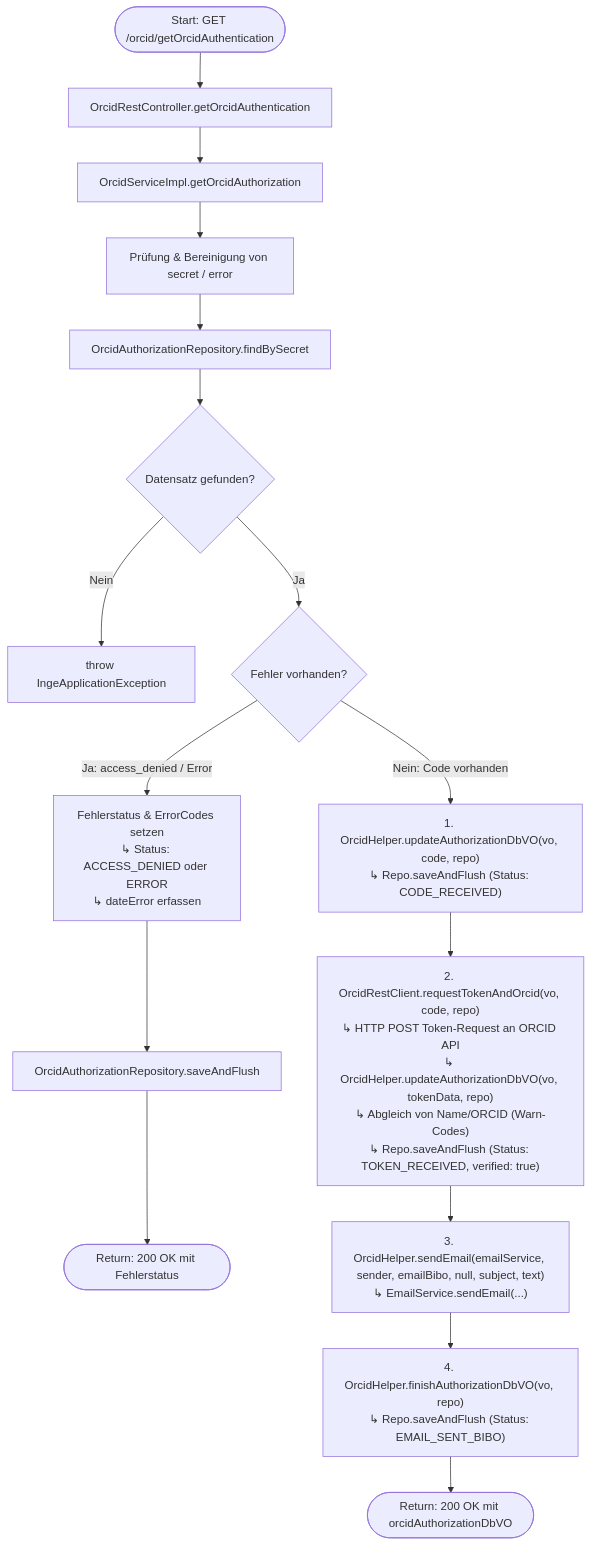
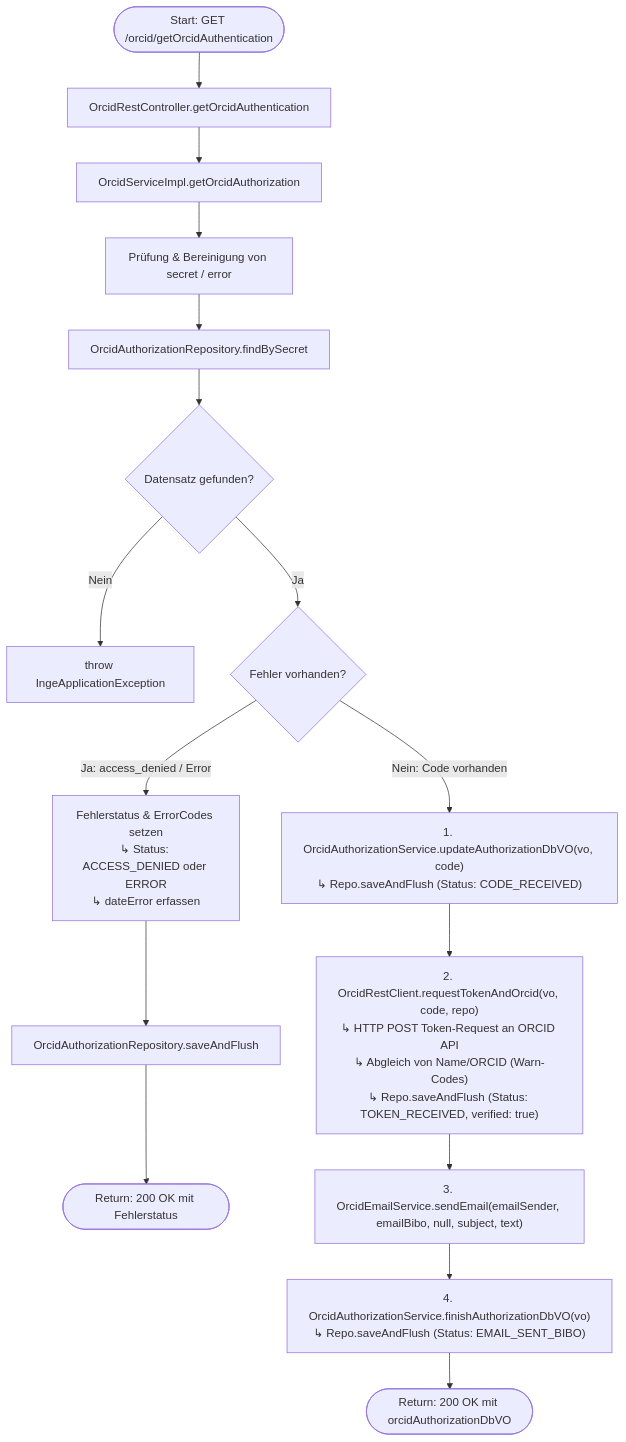
Before and after one commit to MPDL/INGe: the second of 2 diagrams in pubman_rest/src/main/resources/orcid_get_authentication.md, drawn with Mermaid. The commit also changed other lines of this file and 3 other files, not shown here.

````diff
--- a/pubman_rest/src/main/resources/orcid_get_authentication.md
+++ b/pubman_rest/src/main/resources/orcid_get_authentication.md
@@ -96,21 +94,21 @@
 ```mermaid
 flowchart TD
     A([Start: GET /orcid/getOrcidAuthentication]) --> B[OrcidRestController.getOrcidAuthentication]
     B --> C[OrcidServiceImpl.getOrcidAuthorization]
     C --> D[Prüfung & Bereinigung von secret / error]
     D --> E[OrcidAuthorizationRepository.findBySecret]
     
     E --> F{Datensatz gefunden?}
     F -- Nein --> G[throw IngeApplicationException]
     F -- Ja --> H{Fehler vorhanden?}
     
     H -- Ja: access_denied / Error --> I["Fehlerstatus & ErrorCodes setzen<br/>↳ Status: ACCESS_DENIED oder ERROR<br/>↳ dateError erfassen"]
     I --> J[OrcidAuthorizationRepository.saveAndFlush]
     J --> RetErr([Return: 200 OK mit Fehlerstatus])
     
-    H -- Nein: Code vorhanden --> K["1. OrcidHelper.updateAuthorizationDbVO(vo, code, repo)<br/>↳ Repo.saveAndFlush (Status: CODE_RECEIVED)"]
-    K --> L["2. OrcidRestClient.requestTokenAndOrcid(vo, code, repo)<br/>↳ HTTP POST Token-Request an ORCID API<br/>↳ OrcidHelper.updateAuthorizationDbVO(vo, tokenData, repo)<br/>↳ Abgleich von Name/ORCID (Warn-Codes)<br/>↳ Repo.saveAndFlush (Status: TOKEN_RECEIVED, verified: true)"]
-    L --> M["3. OrcidHelper.sendEmail(emailService, sender, emailBibo, null, subject, text)<br/>↳ EmailService.sendEmail(...)"]
-    M --> N["4. OrcidHelper.finishAuthorizationDbVO(vo, repo)<br/>↳ Repo.saveAndFlush (Status: EMAIL_SENT_BIBO)"]
+    H -- Nein: Code vorhanden --> K["1. OrcidAuthorizationService.updateAuthorizationDbVO(vo, code)<br/>↳ Repo.saveAndFlush (Status: CODE_RECEIVED)"]
+    K --> L["2. OrcidRestClient.requestTokenAndOrcid(vo, code, repo)<br/>↳ HTTP POST Token-Request an ORCID API<br/>↳ Abgleich von Name/ORCID (Warn-Codes)<br/>↳ Repo.saveAndFlush (Status: TOKEN_RECEIVED, verified: true)"]
+    L --> M["3. OrcidEmailService.sendEmail(emailSender, emailBibo, null, subject, text)"]
+    M --> N["4. OrcidAuthorizationService.finishAuthorizationDbVO(vo)<br/>↳ Repo.saveAndFlush (Status: EMAIL_SENT_BIBO)"]
     N --> RetSuccess([Return: 200 OK mit orcidAuthorizationDbVO])
 ```
````
